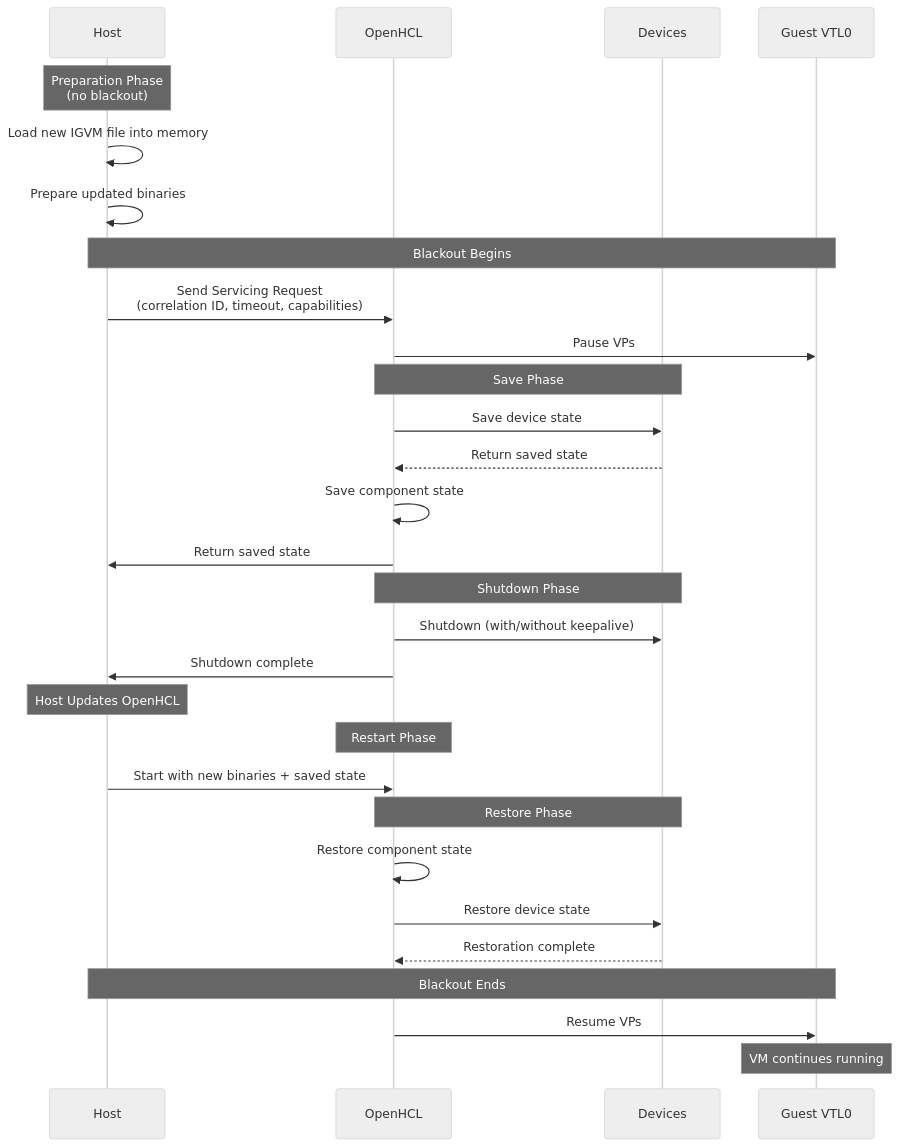
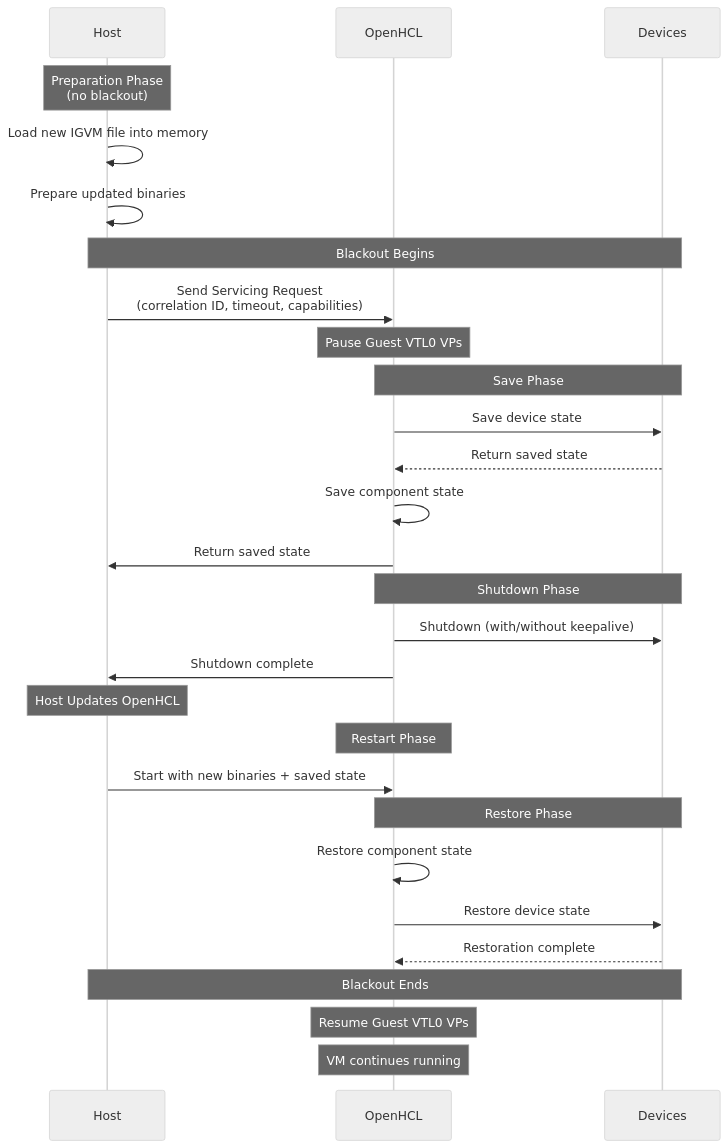
The diagram in Guide/src/reference/architecture/openhcl_servicing.md (microsoft/openvmm), drawn with Mermaid (neutral theme) before and after one commit. The commit also changed other lines of this file and 2 other files, not shown here.

Commit message:
Address second round of PR feedback: fix diagram, move NVMe keepalive, clarify details

````diff
--- a/Guide/src/reference/architecture/openhcl_servicing.md
+++ b/Guide/src/reference/architecture/openhcl_servicing.md
@@ -15,39 +15,38 @@
 ```mermaid
 sequenceDiagram
     participant Host
     participant OpenHCL
     participant Devices
-    participant Guest VTL0
     
     Note over Host: Preparation Phase<br/>(no blackout)
     Host->>Host: Load new IGVM file into memory
     Host->>Host: Prepare updated binaries
     
-    Note over Host,Guest VTL0: Blackout Begins
+    Note over Host,Devices: Blackout Begins
     Host->>OpenHCL: Send Servicing Request<br/>(correlation ID, timeout, capabilities)
-    OpenHCL->>Guest VTL0: Pause VPs
+    Note over OpenHCL: Pause Guest VTL0 VPs
     
     Note over OpenHCL,Devices: Save Phase
     OpenHCL->>Devices: Save device state
     Devices-->>OpenHCL: Return saved state
     OpenHCL->>OpenHCL: Save component state
     OpenHCL->>Host: Return saved state
     
     Note over OpenHCL,Devices: Shutdown Phase
     OpenHCL->>Devices: Shutdown (with/without keepalive)
     OpenHCL->>Host: Shutdown complete
     
     Note over Host: Host Updates OpenHCL
     
     Note over OpenHCL: Restart Phase
     Host->>OpenHCL: Start with new binaries + saved state
     
     Note over OpenHCL,Devices: Restore Phase
     OpenHCL->>OpenHCL: Restore component state
     OpenHCL->>Devices: Restore device state
     Devices-->>OpenHCL: Restoration complete
     
-    Note over Host,Guest VTL0: Blackout Ends
-    OpenHCL->>Guest VTL0: Resume VPs
-    Note over Guest VTL0: VM continues running
+    Note over Host,Devices: Blackout Ends
+    Note over OpenHCL: Resume Guest VTL0 VPs
+    Note over OpenHCL: VM continues running
 ```
````
